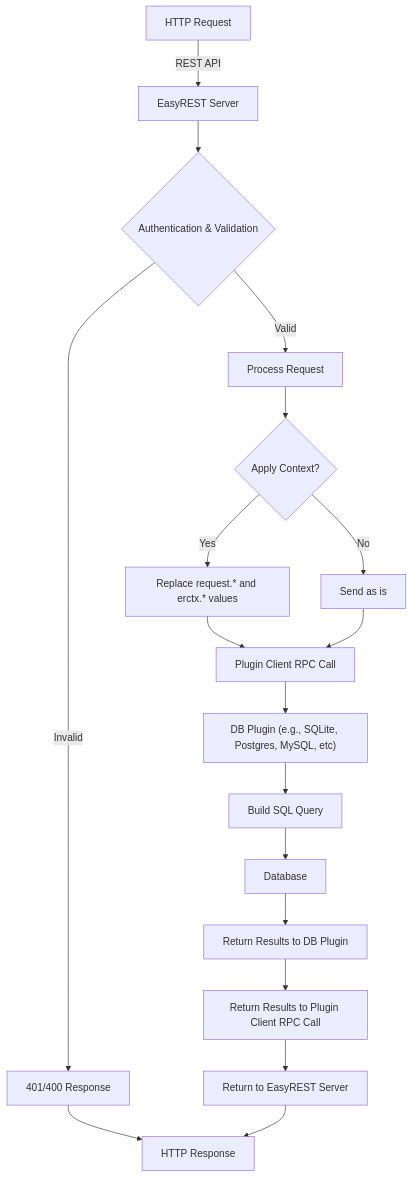
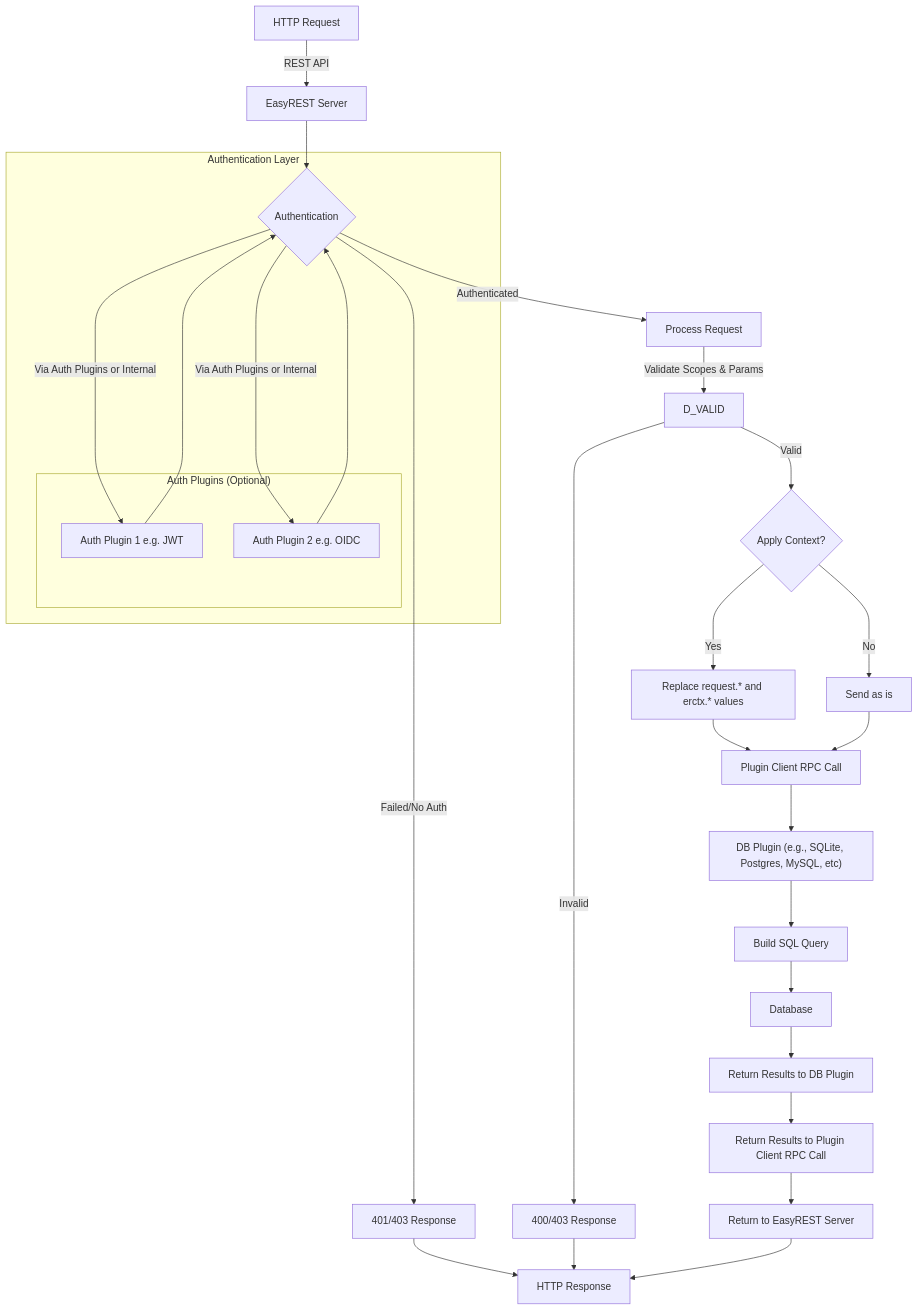
The diagram in README.md (onegreyonewhite/easyrest), drawn with Mermaid before and after one commit. The commit also changed other lines of this file, not shown here.

Commit message:
Update README.md to enhance clarity on authentication and plugin configurations

````diff
--- a/README.md
+++ b/README.md
@@ -65,20 +65,35 @@
 ```mermaid
 flowchart TD
     A[HTTP Request] -->|REST API| B[EasyREST Server]
-    B --> C{Authentication & Validation}
-    C -- Valid --> D[Process Request]
-    C -- Invalid --> E[401/400 Response]
+    B --> C{Authentication}
+    C -- Authenticated --> D[Process Request]
+    C -- Failed/No Auth --> E[401/403 Response]
     E --> N[HTTP Response]
-    D --> X{Apply Context?}
+    D -- Validate Scopes & Params --> D_VALID
+    D_VALID -- Valid --> X{Apply Context?}
+    D_VALID -- Invalid --> E2[400/403 Response]
+    E2 --> N
     X -- Yes --> Y[Replace request.* and erctx.* values]
     X -- No --> Z[Send as is]
     Y --> J[Plugin Client RPC Call]
     Z --> J[Plugin Client RPC Call]
     J --> K["DB Plugin (e.g., SQLite, Postgres, MySQL, etc)"]
     K --> F[Build SQL Query]
     F --> L[Database]
     L --> M[Return Results to DB Plugin]
     M --> J2[Return Results to Plugin Client RPC Call]
     J2 --> B2[Return to EasyREST Server]
     B2 --> N[HTTP Response]
+
+    subgraph "Authentication Layer"
+        C
+        subgraph "Auth Plugins (Optional)"
+            P_Auth[Auth Plugin 1 e.g. JWT]
+            P_Auth2[Auth Plugin 2 e.g. OIDC]
+        end
+        C -->|Via Auth Plugins or Internal| P_Auth
+        C -->|Via Auth Plugins or Internal| P_Auth2
+        P_Auth ----> C
+        P_Auth2 ----> C
+    end
 ```
````
